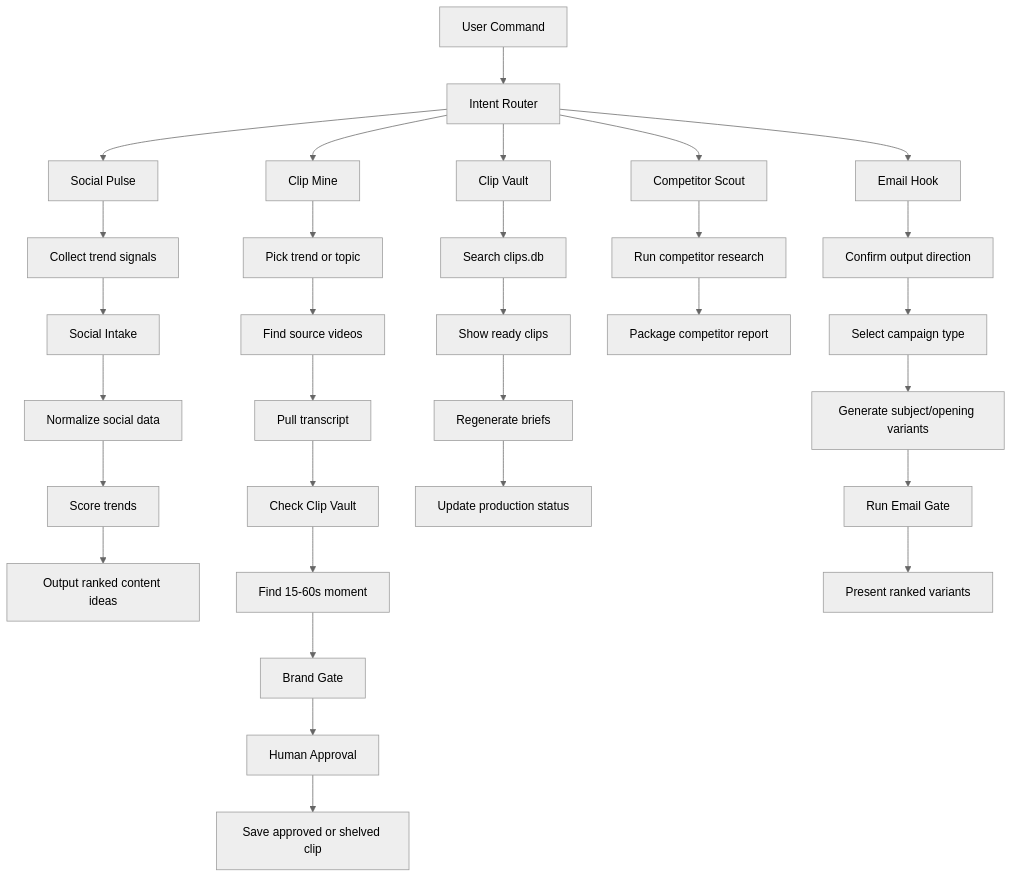
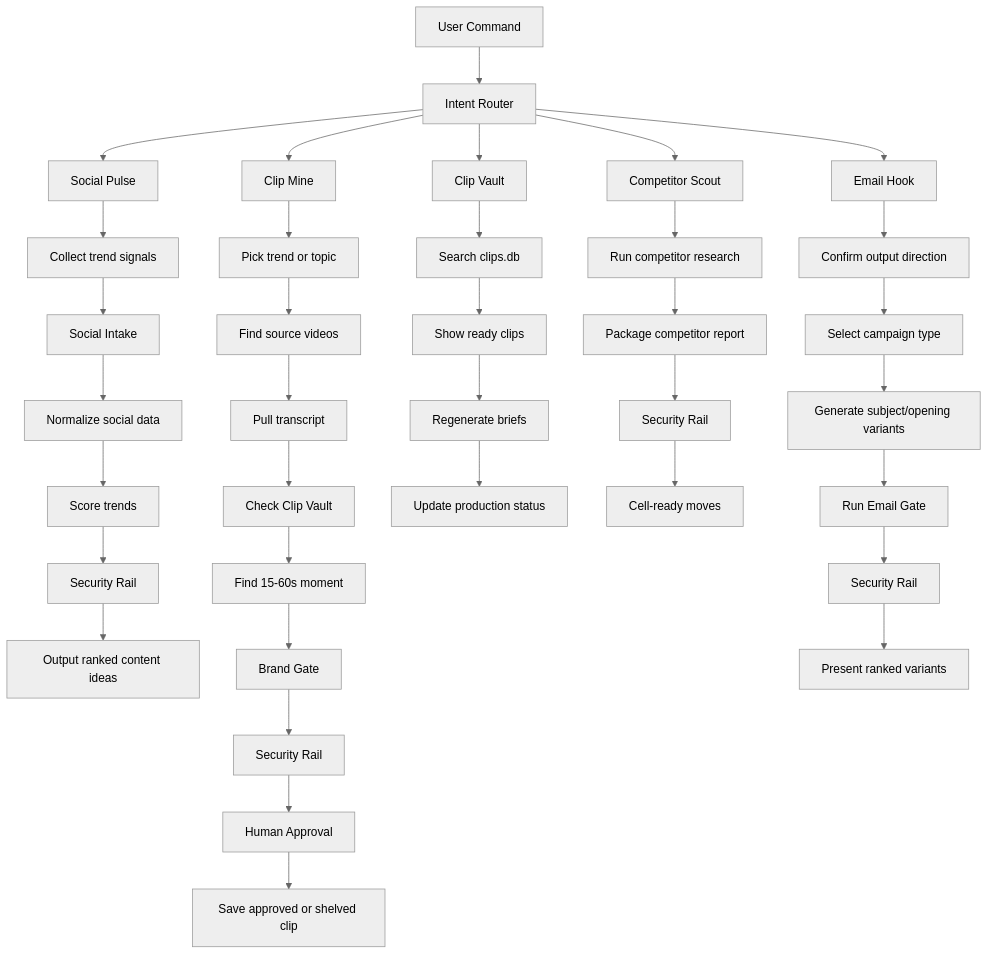
Before and after one commit to fiestyelf/Goblin-Recon: the first of 2 diagrams in ARCHITECTURE.md, drawn with Mermaid (neutral theme). The commit also changed other lines of this file and 9 other files, not shown here.

````diff
--- a/ARCHITECTURE.md
+++ b/ARCHITECTURE.md
@@ -19,39 +21,44 @@
 ```mermaid
 flowchart TD
     A[User Command] --> B[Intent Router]
 
     B --> C[Social Pulse]
     B --> D[Clip Mine]
     B --> E[Clip Vault]
     B --> F[Competitor Scout]
     B --> G[Email Hook]
 
     C --> C1[Collect trend signals]
     C1 --> C2[Social Intake]
     C2 --> C3[Normalize social data]
     C3 --> C4[Score trends]
-    C4 --> C5[Output ranked content ideas]
+    C4 --> C5[Security Rail]
+    C5 --> C6[Output ranked content ideas]
 
     D --> D1[Pick trend or topic]
     D1 --> D2[Find source videos]
     D2 --> D3[Pull transcript]
     D3 --> D4[Check Clip Vault]
     D4 --> D5[Find 15-60s moment]
     D5 --> D6[Brand Gate]
-    D6 --> D7[Human Approval]
-    D7 --> D8[Save approved or shelved clip]
+    D6 --> D7[Security Rail]
+    D7 --> D8[Human Approval]
+    D8 --> D9[Save approved or shelved clip]
 
     E --> E1[Search clips.db]
     E1 --> E2[Show ready clips]
     E2 --> E3[Regenerate briefs]
     E3 --> E4[Update production status]
 
     F --> F1[Run competitor research]
     F1 --> F2[Package competitor report]
+    F2 --> F3[Security Rail]
+    F3 --> F4[Cell-ready moves]
 
     G --> G1[Confirm output direction]
     G1 --> G2[Select campaign type]
     G2 --> G3[Generate subject/opening variants]
     G3 --> G4[Run Email Gate]
-    G4 --> G5[Present ranked variants]
+    G4 --> G5[Security Rail]
+    G5 --> G6[Present ranked variants]
 ```
````
